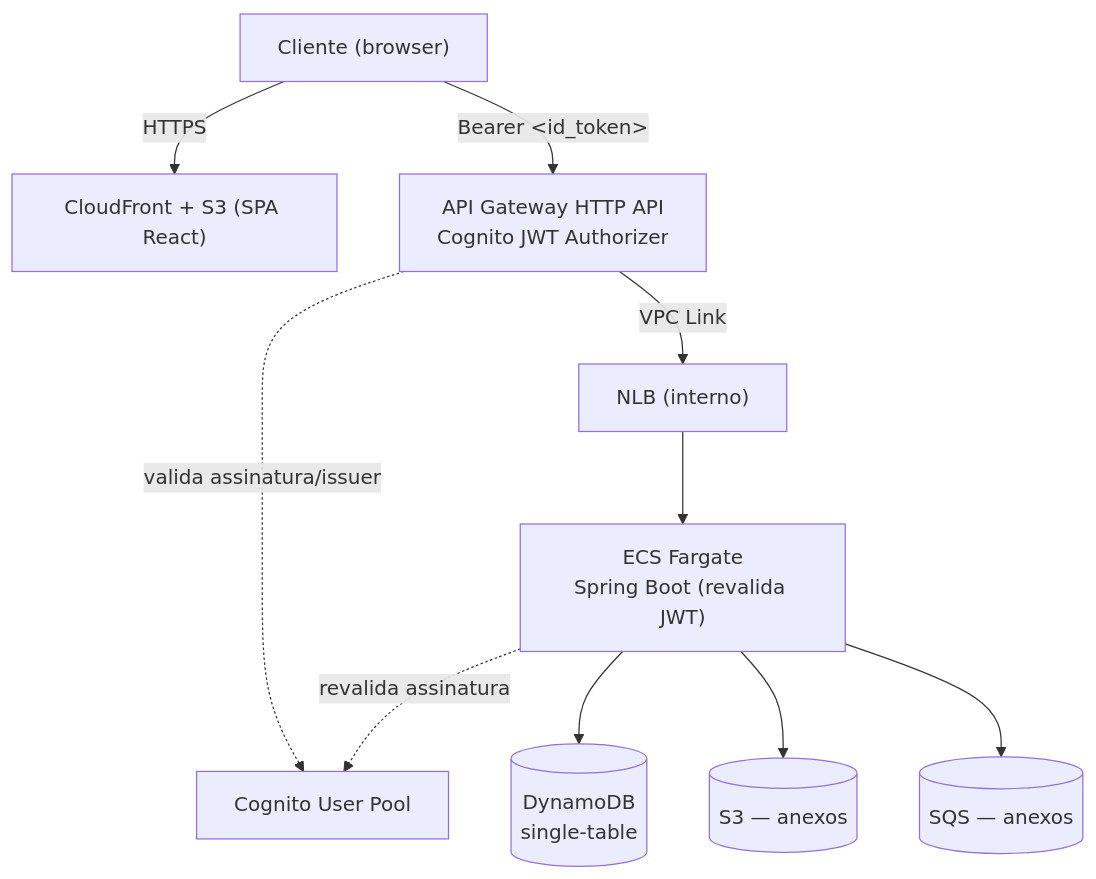
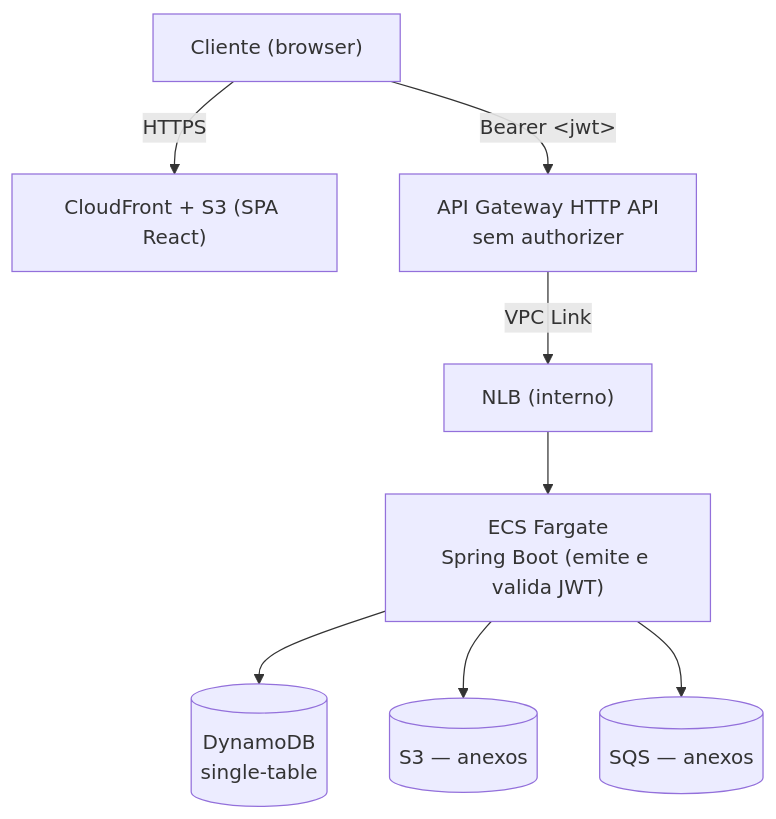
The first of 3 diagrams in docs/architecture.md (Nesomar/plataforma-processadora-solicitacoes), drawn with Mermaid before and after one commit. The commit also changed other lines of this file and 54 other files, not shown here.

First line of the commit message:
feat(auth): remove Cognito, backend emite e valida JWT proprio

````diff
--- a/docs/architecture.md
+++ b/docs/architecture.md
@@ -5,21 +5,18 @@
 ```mermaid
 flowchart TB
     Cliente["Cliente (browser)"]
     CF["CloudFront + S3 (SPA React)"]
-    APIGW["API Gateway HTTP API<br/>Cognito JWT Authorizer"]
+    APIGW["API Gateway HTTP API<br/>sem authorizer"]
     NLB["NLB (interno)"]
-    ECS["ECS Fargate<br/>Spring Boot (revalida JWT)"]
-    Cognito["Cognito User Pool"]
+    ECS["ECS Fargate<br/>Spring Boot (emite e valida JWT)"]
     Dynamo[("DynamoDB<br/>single-table")]
     S3a[("S3 — anexos")]
     SQS[("SQS — anexos")]
 
     Cliente -->|HTTPS| CF
-    Cliente -->|"Bearer &lt;id_token&gt;"| APIGW
+    Cliente -->|"Bearer &lt;jwt&gt;"| APIGW
     APIGW -->|VPC Link| NLB --> ECS
-    APIGW -.->|valida assinatura/issuer| Cognito
-    ECS -.->|revalida assinatura| Cognito
     ECS --> Dynamo
     ECS --> S3a
     ECS --> SQS
 ```
````
